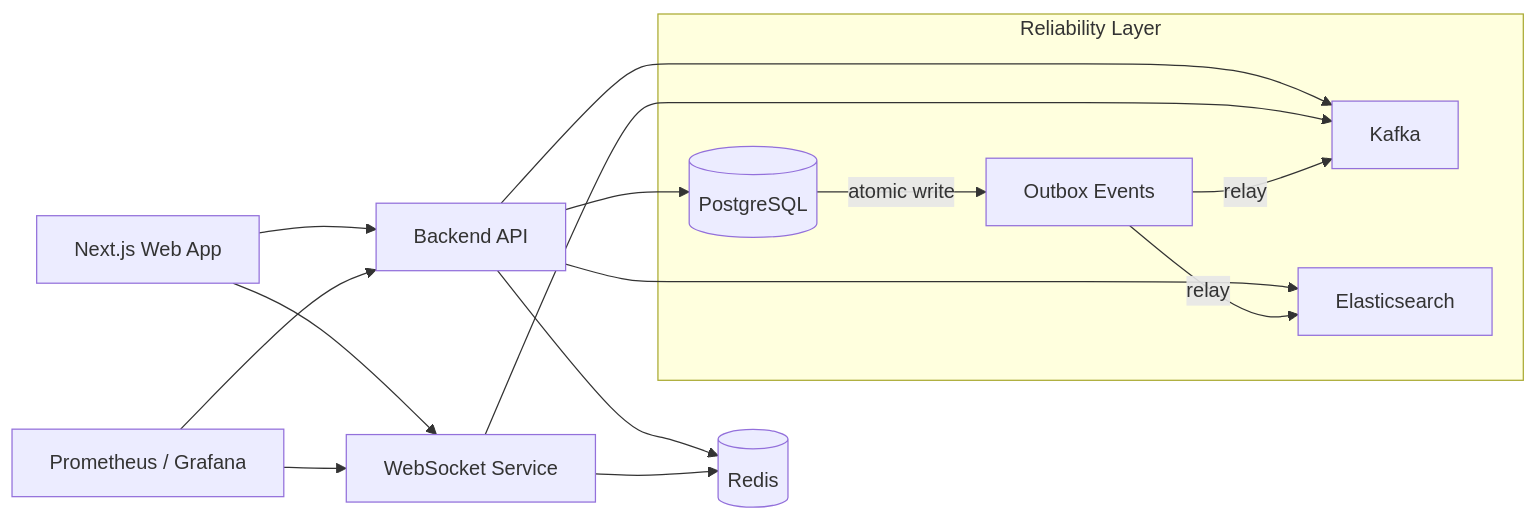
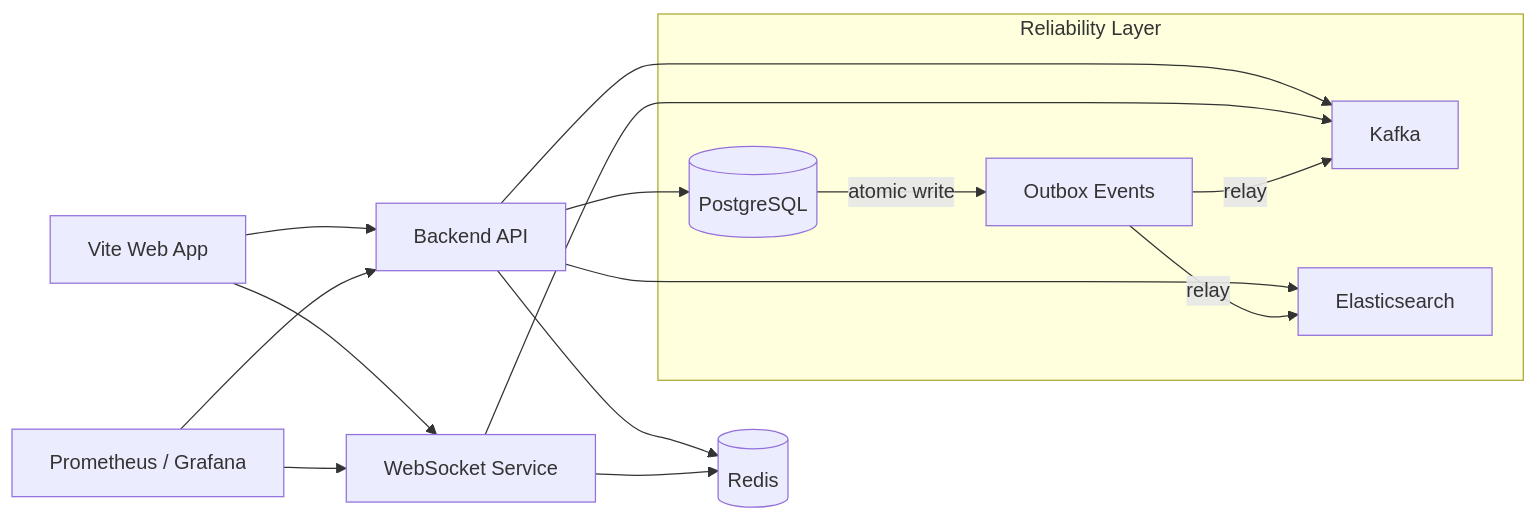
Before and after one commit to nerdev-co/modheshwari: the diagram in README.md, drawn with Mermaid. The commit also changed other lines of this file, not shown here.

````diff
--- a/README.md
+++ b/README.md
@@ -26,19 +26,19 @@
 ```mermaid
 flowchart LR
-    A[Next.js Web App] --> B[Backend API]
+    A[Vite Web App] --> B[Backend API]
     A --> C[WebSocket Service]
     B --> D[(PostgreSQL)]
     B --> E[(Redis)]
     B --> F[Kafka]
     C --> E
     C --> F
     B --> G[Elasticsearch]
     H[Prometheus / Grafana] --> B
     H --> C
 
     subgraph Reliability Layer
         D -->|atomic write| I[Outbox Events]
         I -->|relay| F
         I -->|relay| G
     end
 ```
````
